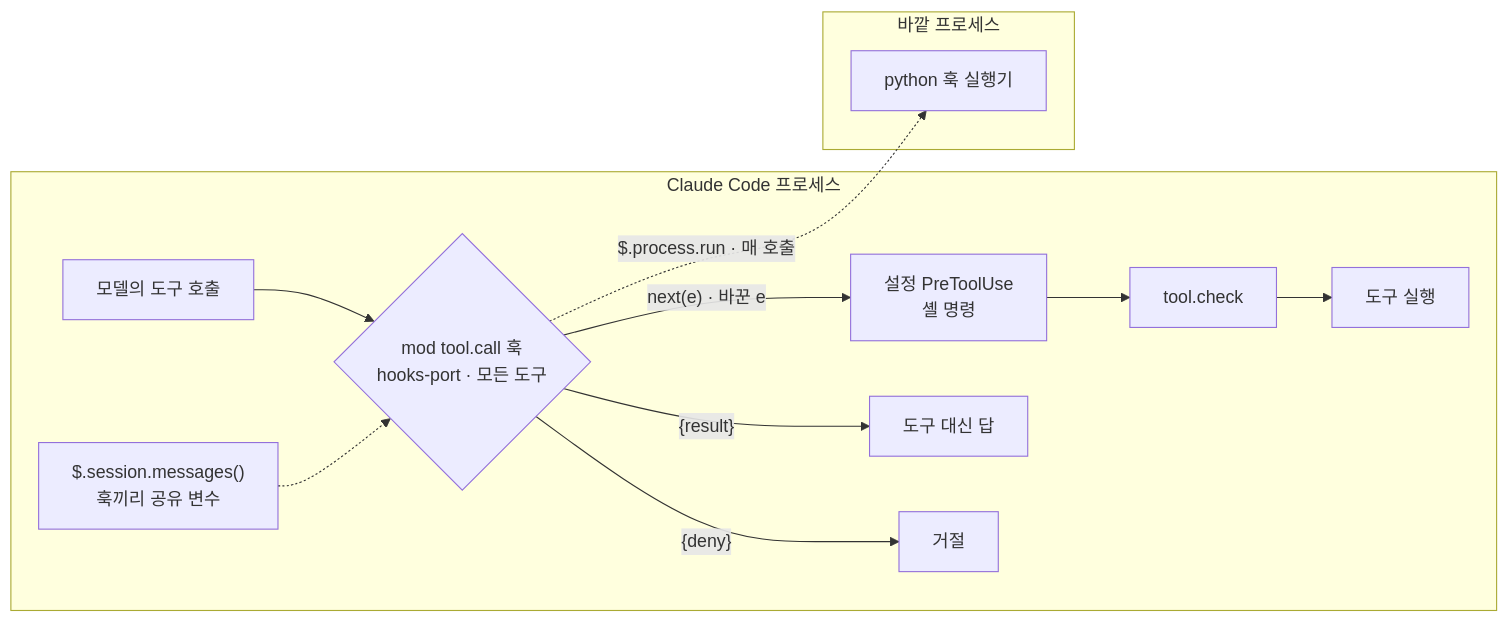
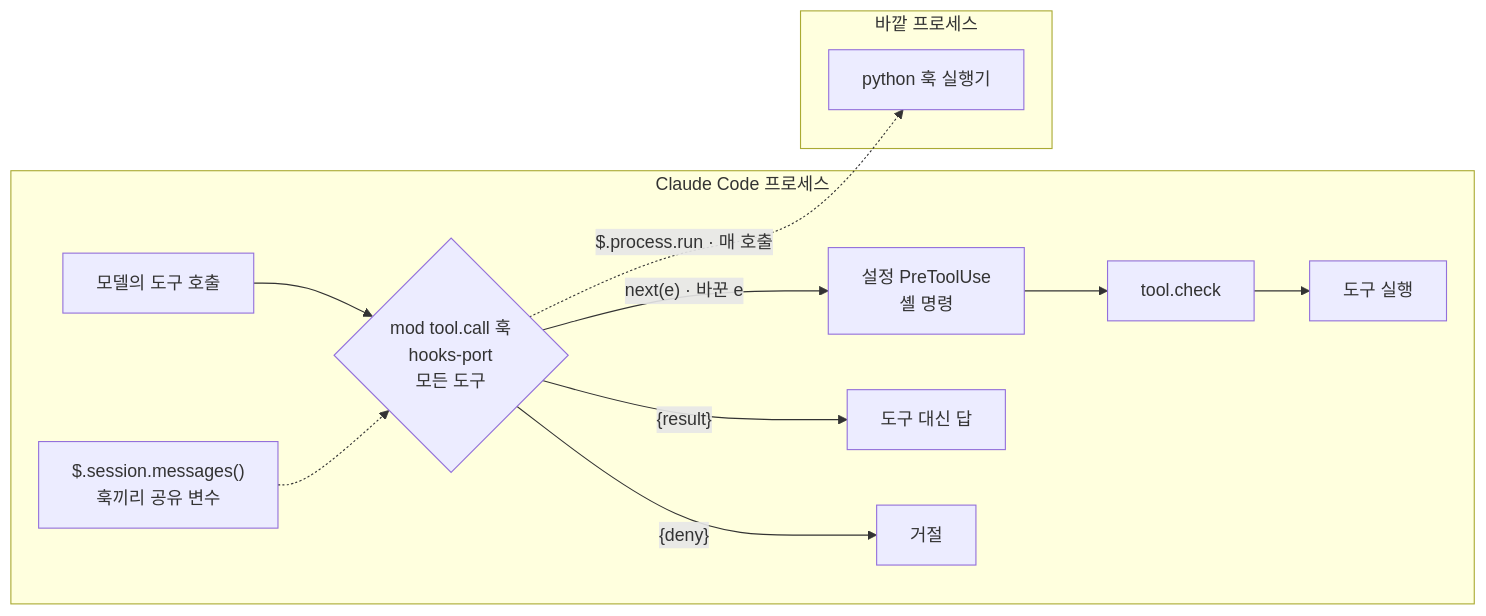
One commit to treylom/mod-for-slack changed the second of 3 diagrams in docs/developers.md. Above: the diagram before and after it, drawn with Mermaid. The commit also changed other lines of this file and 5 other files, not shown here.

````diff
--- a/docs/developers.md
+++ b/docs/developers.md
@@ -48,15 +48,15 @@
 ```mermaid
 flowchart LR
   subgraph CC["Claude Code 프로세스"]
-    C["모델의 도구 호출"] --> MH{"mod tool.call 훅<br/>hooks-port · 모든 도구"}
+    C["모델의 도구 호출"] --> MH{"mod tool.call 훅<br/>hooks-port<br/>모든 도구"}
     S["$.session.messages()<br/>훅끼리 공유 변수"] -.-> MH
     MH -- "next(e) · 바꾼 e" --> PT["설정 PreToolUse<br/>셸 명령"]
     MH -- "{result}" --> ANS["도구 대신 답"]
     MH -- "{deny}" --> DEN["거절"]
     PT --> TC["tool.check"] --> RUN["도구 실행"]
   end
   subgraph EXT["바깥 프로세스"]
     PY["python 훅 실행기"]
   end
   MH -. "$.process.run · 매 호출" .-> PY
 ```
````
